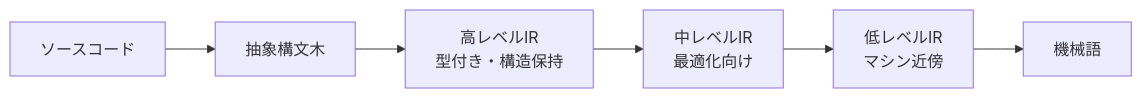
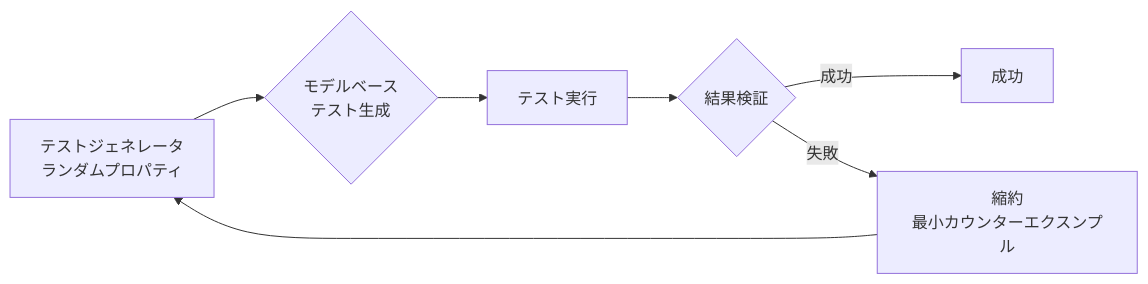
The fifth of 5 diagrams in docs/ARCHITECTURE.md (takeokunn/cl-cc), drawn with Mermaid before and after one commit. The commit also changed other lines of this file and 109 other files, not shown here.

````diff
--- a/docs/ARCHITECTURE.md
+++ b/docs/ARCHITECTURE.md
@@ -189,8 +817,9 @@
 ```mermaid
 graph LR
-    SOURCE[ソースコード] --> AST[抽象構文木]
-    AST --> HIR[高レベルIR<br/>型付き・構造保持]
-    HIR --> MIR[中レベルIR<br/>最適化向け]
-    MIR --> LIR[低レベルIR<br/>マシン近傍]
-    LIR --> MC[機械語]
+    A[テストジェネレータ<br/>ランダムプロパティ] --> B{モデルベース<br/>テスト生成}
+    B --> C[テスト実行]
+    C --> D{結果検証}
+    D -->|成功| E[成功]
+    D -->|失敗| F[縮約<br/>最小カウンターエクスンプル]
+    F --> A
 ```
````
